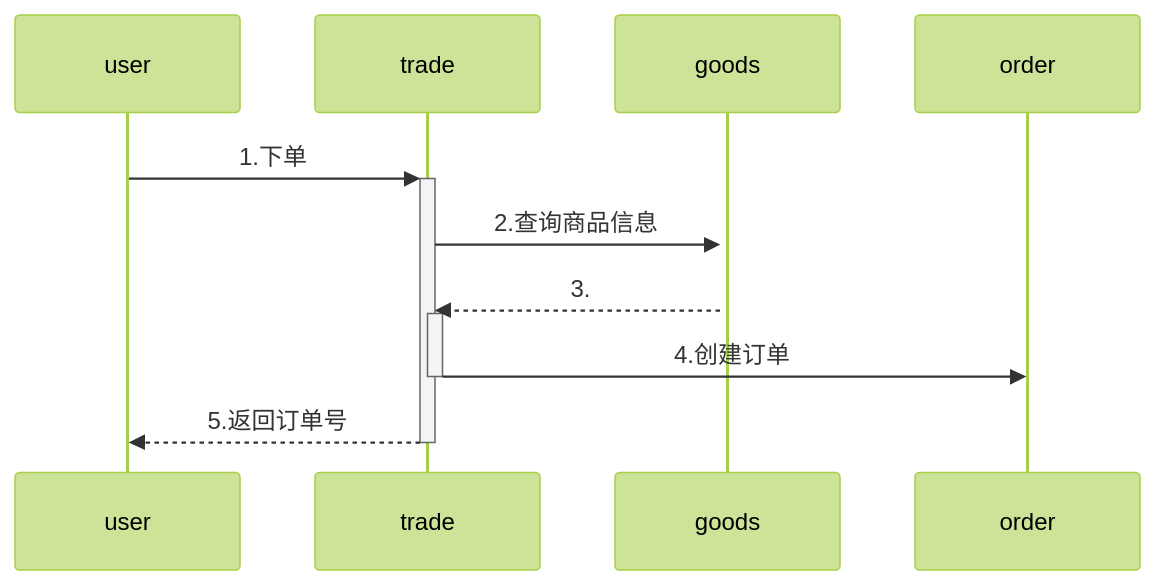
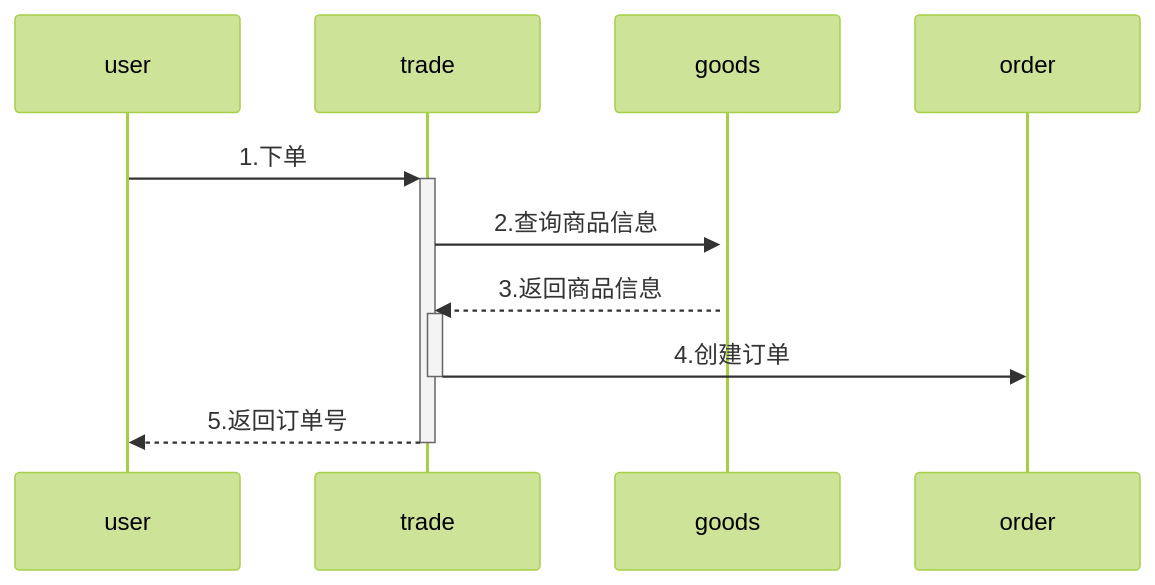
One commit to yingjianzh/iodraw-files changed the diagram in all/未命名-6.md. Above: the diagram before and after it, drawn with Mermaid (forest theme).

Commit message:
2024-08-19 15:20:17 update

````diff
--- a/all/未命名-6.md
+++ b/all/未命名-6.md
@@ -1,8 +1,8 @@
 ```mermaid
 sequenceDiagram
     user->>+trade: 1.下单
     trade->>+goods: 2.查询商品信息
-    goods-->>+trade: 3.
+    goods-->>+trade: 3.返回商品信息
     trade->>-order: 4.创建订单
     trade-->>-user: 5.返回订单号
 ```
````
